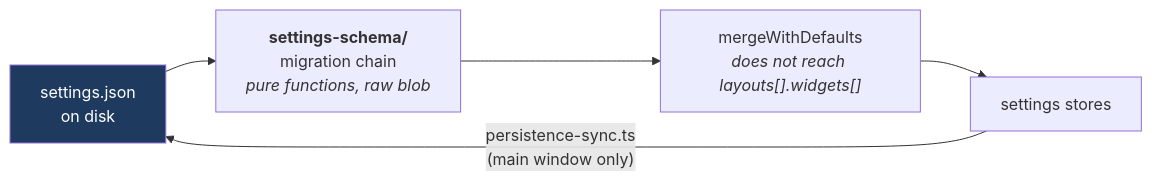
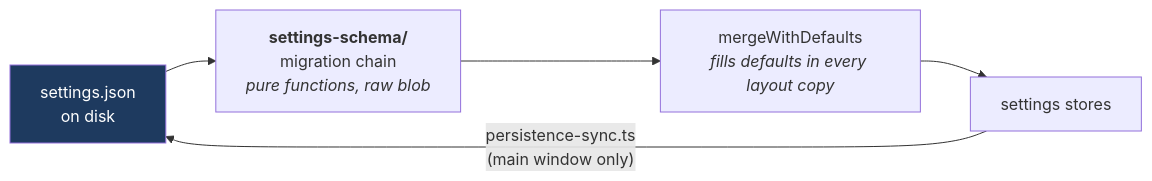
Diagram 23 of 24 in docs/architecture.md (mvoof/Marble-Trace), drawn with Mermaid before and after one commit. The commit also changed other lines of this file and 5 other files, not shown here.

First line of the commit message:
Docs/comments and architecture refresh (#482)

````diff
--- a/docs/architecture.md
+++ b/docs/architecture.md
@@ -1495,12 +1495,12 @@
 ```mermaid
 flowchart LR
     FILE["settings.json<br/>on disk"]
     CHAIN["<b>settings-schema/</b><br/>migration chain<br/><i>pure functions, raw blob</i>"]
-    MERGE["mergeWithDefaults<br/><i>does not reach layouts[].widgets[]</i>"]
+    MERGE["mergeWithDefaults<br/><i>fills defaults in every layout copy</i>"]
     STORES["settings stores"]
 
     FILE --> CHAIN --> MERGE --> STORES
     STORES -->|"persistence-sync.ts<br/>(main window only)"| FILE
 
     style FILE fill:#1e3a5f,color:#fff
 ```
````
